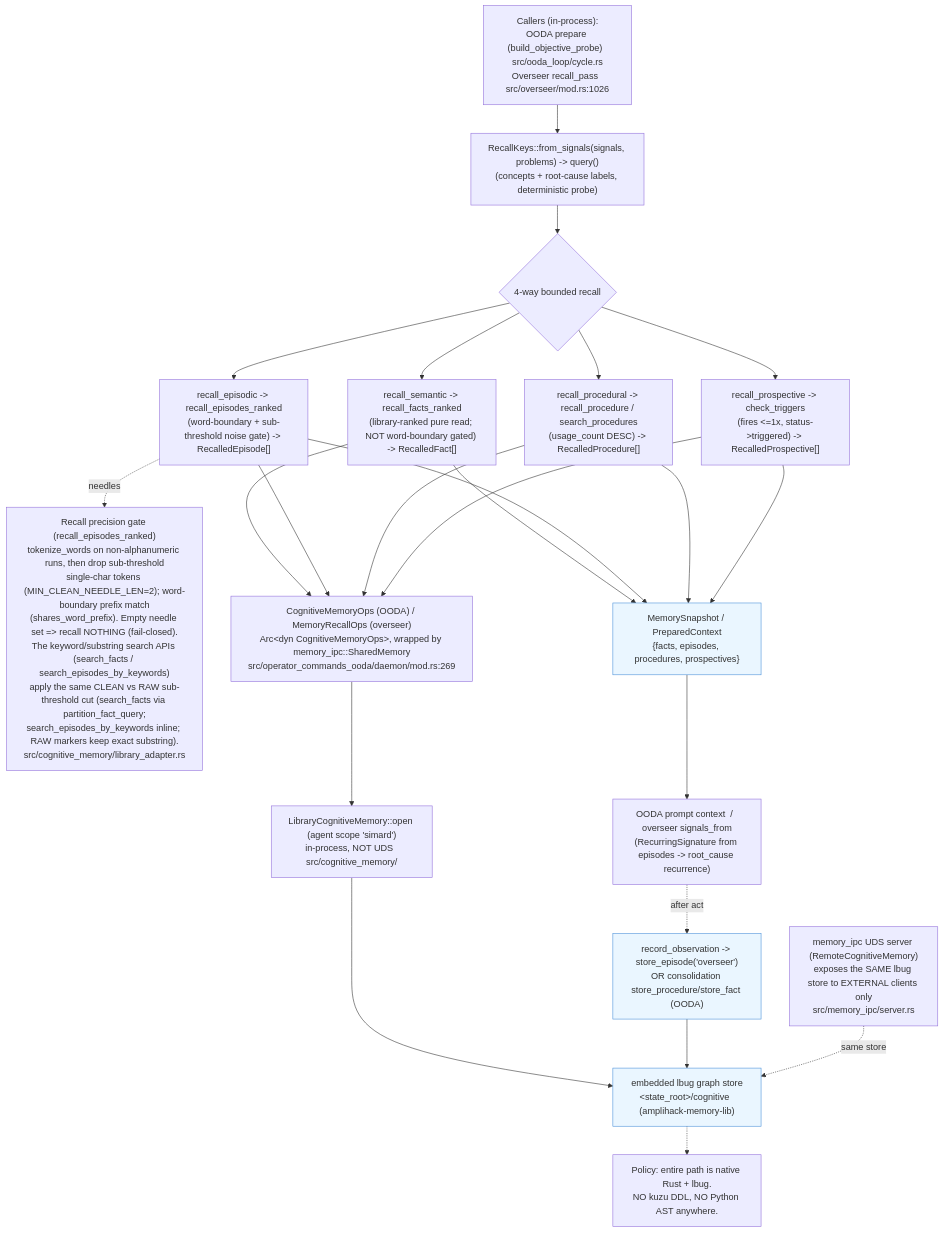
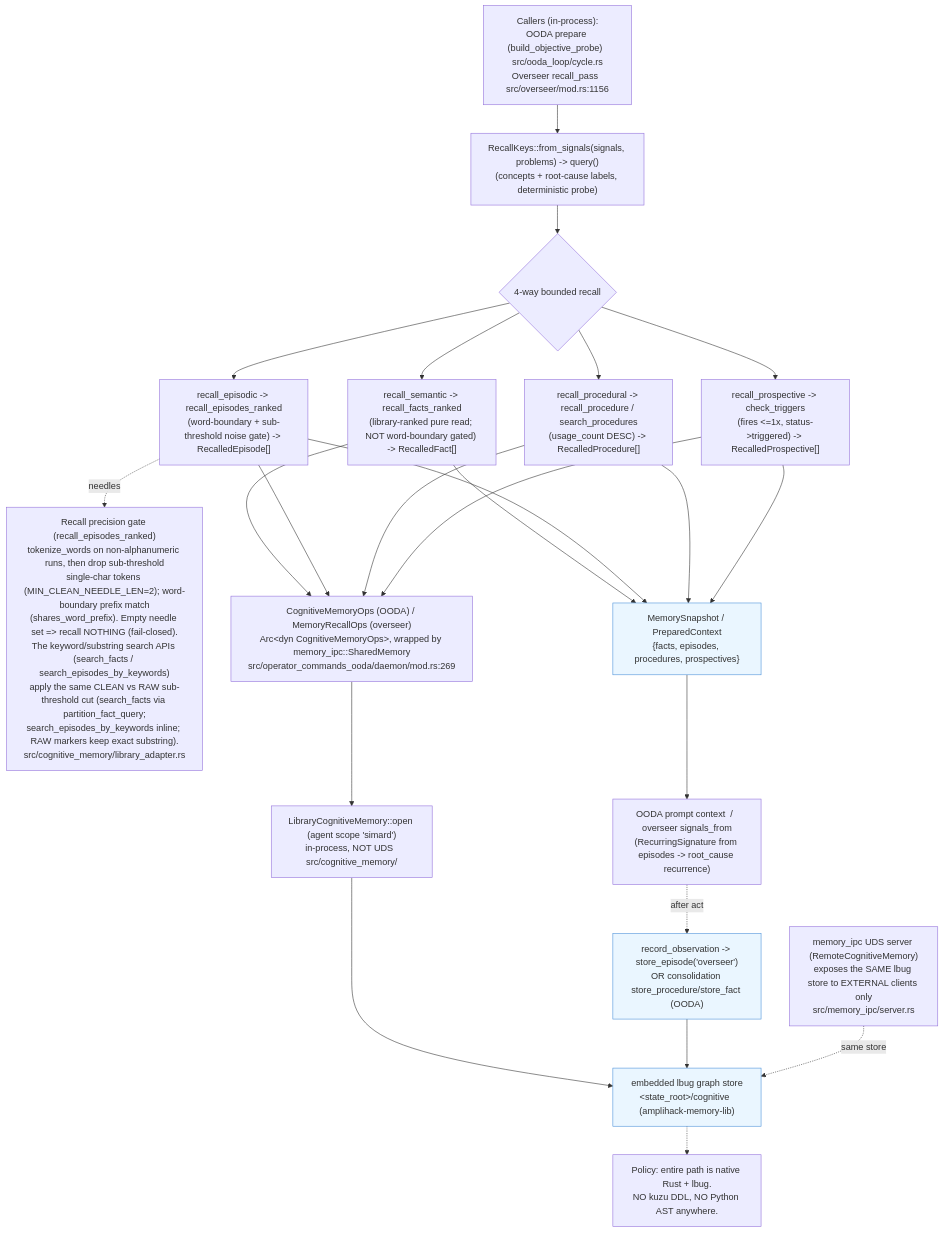
Before and after one commit to rysweet/Simard: the diagram in docs/atlas/agentic-flows/agentic-memory-recall.mmd, drawn with Mermaid. The commit also changed 10 other files, not shown here.

```diff
--- a/docs/atlas/agentic-flows/agentic-memory-recall.mmd
+++ b/docs/atlas/agentic-flows/agentic-memory-recall.mmd
@@ -1,38 +1,38 @@
 flowchart TD
   %% Layer 9 - Agentic flow: cognitive-memory recall path (NO kuzu, NO python; embedded lbug)
-  trigger["Callers (in-process):\nOODA prepare (build_objective_probe)  src/ooda_loop/cycle.rs\nOverseer recall_pass  src/overseer/mod.rs:1026"]
+  trigger["Callers (in-process):\nOODA prepare (build_objective_probe)  src/ooda_loop/cycle.rs\nOverseer recall_pass  src/overseer/mod.rs:1156"]
   trigger --> keys["RecallKeys::from_signals(signals, problems) -> query()\n(concepts + root-cause labels, deterministic probe)"]
   keys --> fanout{"4-way bounded recall"}
 
   fanout --> sem["recall_semantic -> recall_facts_ranked\n(library-ranked pure read; NOT word-boundary gated) -> RecalledFact[]"]
   fanout --> epi["recall_episodic -> recall_episodes_ranked\n(word-boundary + sub-threshold noise gate) -> RecalledEpisode[]"]
   fanout --> proc["recall_procedural -> recall_procedure / search_procedures\n(usage_count DESC) -> RecalledProcedure[]"]
   fanout --> pros["recall_prospective -> check_triggers\n(fires &lt;=1x, status->triggered) -> RecalledProspective[]"]
 
   ngate["Recall precision gate (recall_episodes_ranked)\ntokenize_words on non-alphanumeric runs, then drop sub-threshold\nsingle-char tokens (MIN_CLEAN_NEEDLE_LEN=2); word-boundary prefix match\n(shares_word_prefix). Empty needle set => recall NOTHING (fail-closed).\nThe keyword/substring search APIs (search_facts / search_episodes_by_keywords)\napply the same CLEAN vs RAW sub-threshold cut (search_facts via partition_fact_query;\nsearch_episodes_by_keywords inline; RAW markers keep exact substring).\nsrc/cognitive_memory/library_adapter.rs"]
   epi -.needles.-> ngate
 
   sem --> adapter["CognitiveMemoryOps (OODA) / MemoryRecallOps (overseer)\nArc&lt;dyn CognitiveMemoryOps&gt;, wrapped by memory_ipc::SharedMemory\nsrc/operator_commands_ooda/daemon/mod.rs:269"]
   epi --> adapter
   proc --> adapter
   pros --> adapter
   adapter --> lib["LibraryCognitiveMemory::open (agent scope 'simard')\nin-process, NOT UDS  src/cognitive_memory/"]
   lib --> store["embedded lbug graph store\n&lt;state_root&gt;/cognitive  (amplihack-memory-lib)"]
 
   sem --> snapshot["MemorySnapshot / PreparedContext\n{facts, episodes, procedures, prospectives}"]
   epi --> snapshot
   proc --> snapshot
   pros --> snapshot
   snapshot --> use["OODA prompt context  /  overseer signals_from\n(RecurringSignature from episodes -> root_cause recurrence)"]
 
   use -. after act .-> wb["record_observation -> store_episode('overseer')\nOR consolidation store_procedure/store_fact (OODA)"]
   wb --> store
 
   ext["memory_ipc UDS server (RemoteCognitiveMemory)\nexposes the SAME lbug store to EXTERNAL clients only\nsrc/memory_ipc/server.rs"]
   ext -.same store.-> store
 
   note["Policy: entire path is native Rust + lbug.\nNO kuzu DDL, NO Python AST anywhere."]
   store -.-> note
 
   classDef store fill:#eaf6ff,stroke:#4a90d9;
   class store,snapshot,wb store;
```
